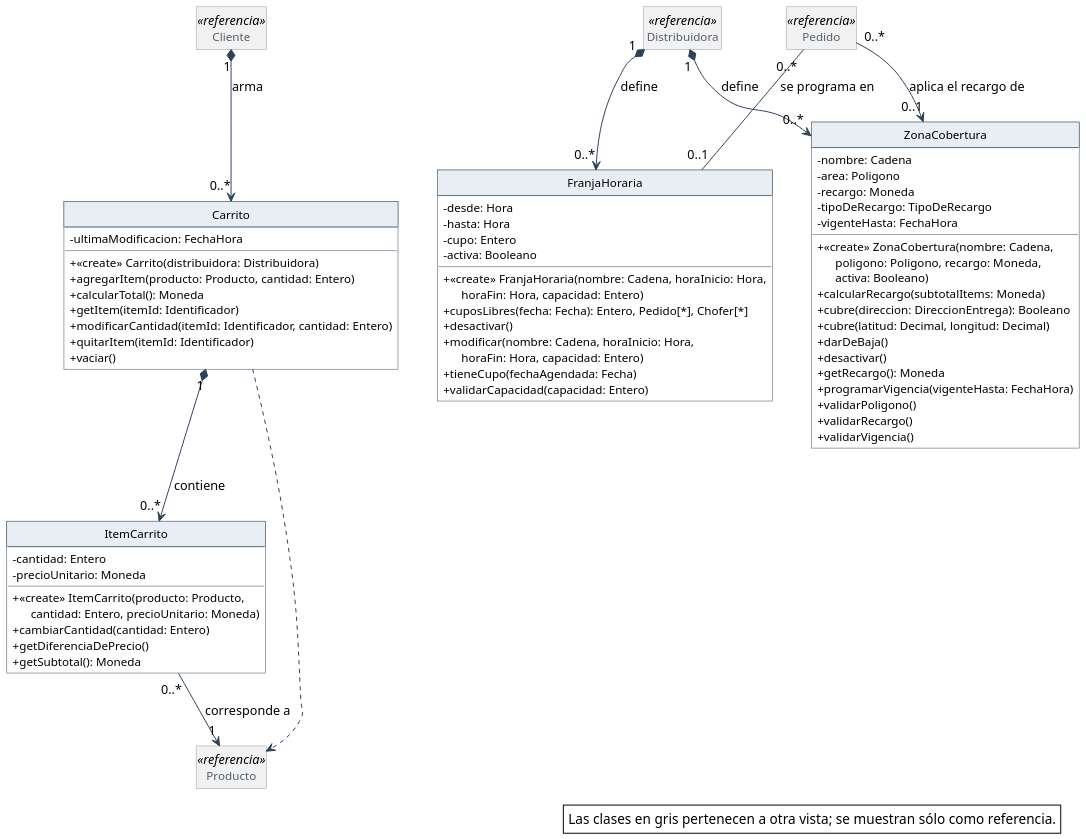
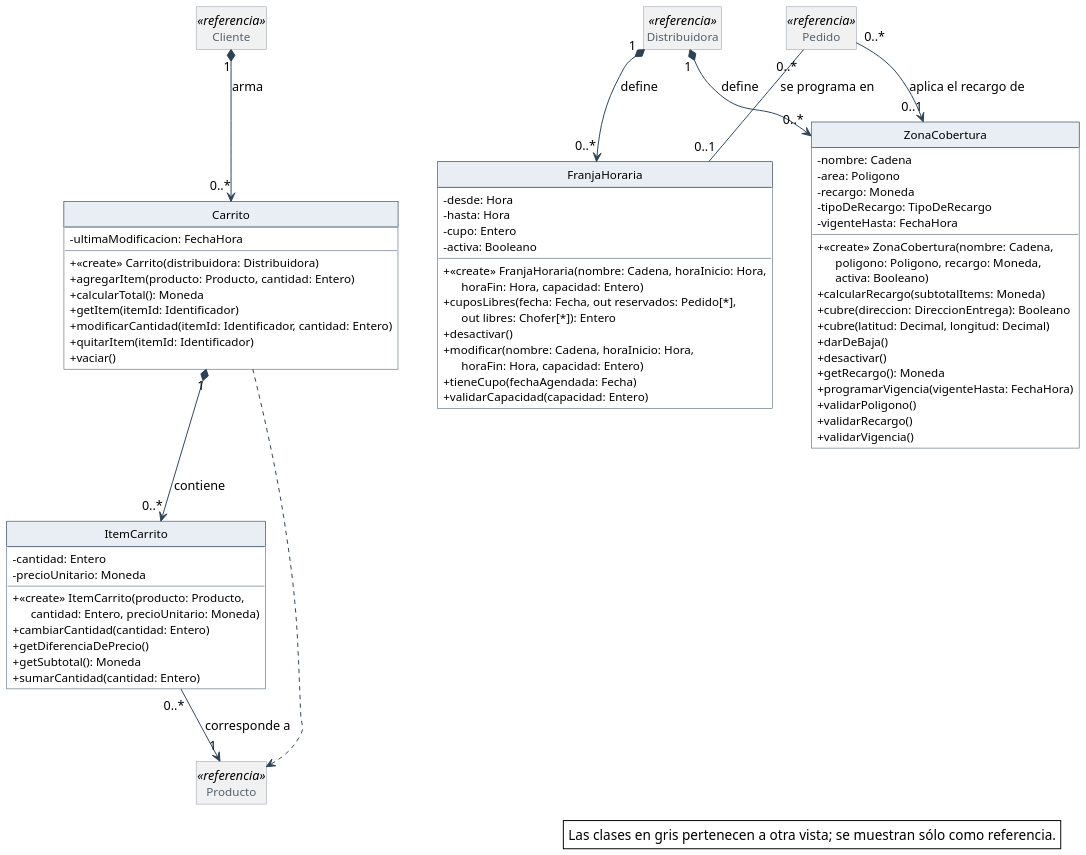
The diagram in diagramas/clases-diseno/DC_Carrito-franjas-y-cobertura.puml (Nahuelito-Dev/splg-docs), drawn with PlantUML before and after one commit. The commit also changed 263 other files, not shown here.

```diff
--- a/diagramas/clases-diseno/DC_Carrito-franjas-y-cobertura.puml
+++ b/diagramas/clases-diseno/DC_Carrito-franjas-y-cobertura.puml
@@ -1,125 +1,126 @@
 @startuml
 skinparam backgroundColor #FFFFFF
 skinparam shadowing false
 skinparam defaultFontName Helvetica
 skinparam defaultFontSize 13
 skinparam dpi 150
 skinparam nodesep 40
 skinparam ranksep 55
 skinparam classAttributeIconSize 0
 skinparam roundCorner 0
 skinparam genericDisplay old
 skinparam class {
   BorderColor #2C4257
   BackgroundColor #FFFFFF
   ArrowColor #2C4257
   FontSize 14
   AttributeFontSize 12
   HeaderBackgroundColor #E8EEF3
 }
 skinparam class<<referencia>> {
   BackgroundColor #F1F1F1
   BorderColor #8A97A3
   FontColor #55616C
 }
 skinparam class<<fachada>> {
   HeaderBackgroundColor #D6E4F0
 }
-skinparam class<<use case>> {
+skinparam class<<controlador>> {
   HeaderBackgroundColor #D6E4F0
 }
 skinparam class<<fabricación pura>> {
   HeaderBackgroundColor #F3E9CF
 }
 skinparam class<<colección>> {
   HeaderBackgroundColor #E6E6E6
 }
 skinparam class<<adaptador>> {
   HeaderBackgroundColor #DCEBDD
 }
 skinparam interface {
   BorderColor #2C4257
   BackgroundColor #FFFFFF
   HeaderBackgroundColor #DCEBDD
   FontSize 14
   AttributeFontSize 12
 }
 skinparam note {
   BackgroundColor #FFFFFF
   BorderColor #2C4257
 }
 skinparam packageStyle rectangle
 skinparam package {
   BorderColor #8A97A3
   FontSize 13
   FontColor #55616C
 }
 hide circle
 hide empty members
 
 class Carrito {
   - ultimaModificacion: FechaHora
   + «create» Carrito(distribuidora: Distribuidora)
   + agregarItem(producto: Producto, cantidad: Entero)
   + calcularTotal(): Moneda
   + getItem(itemId: Identificador)
   + modificarCantidad(itemId: Identificador, cantidad: Entero)
   + quitarItem(itemId: Identificador)
   + vaciar()
 }
 class ItemCarrito {
   - cantidad: Entero
   - precioUnitario: Moneda
   + «create» ItemCarrito(producto: Producto,\n      cantidad: Entero, precioUnitario: Moneda)
   + cambiarCantidad(cantidad: Entero)
   + getDiferenciaDePrecio()
   + getSubtotal(): Moneda
+  + sumarCantidad(cantidad: Entero)
 }
 class FranjaHoraria {
   - desde: Hora
   - hasta: Hora
   - cupo: Entero
   - activa: Booleano
   + «create» FranjaHoraria(nombre: Cadena, horaInicio: Hora,\n      horaFin: Hora, capacidad: Entero)
-  + cuposLibres(fecha: Fecha): Entero, Pedido[*], Chofer[*]
+  + cuposLibres(fecha: Fecha, out reservados: Pedido[*],\n      out libres: Chofer[*]): Entero
   + desactivar()
   + modificar(nombre: Cadena, horaInicio: Hora,\n      horaFin: Hora, capacidad: Entero)
   + tieneCupo(fechaAgendada: Fecha)
   + validarCapacidad(capacidad: Entero)
 }
 class ZonaCobertura {
   - nombre: Cadena
   - area: Poligono
   - recargo: Moneda
   - tipoDeRecargo: TipoDeRecargo
   - vigenteHasta: FechaHora
   + «create» ZonaCobertura(nombre: Cadena,\n      poligono: Poligono, recargo: Moneda,\n      activa: Booleano)
   + calcularRecargo(subtotalItems: Moneda)
   + cubre(direccion: DireccionEntrega): Booleano
   + cubre(latitud: Decimal, longitud: Decimal)
   + darDeBaja()
   + desactivar()
   + getRecargo(): Moneda
   + programarVigencia(vigenteHasta: FechaHora)
   + validarPoligono()
   + validarRecargo()
   + validarVigencia()
 }
 class Cliente <<referencia>>
 class Producto <<referencia>>
 class Distribuidora <<referencia>>
 class Pedido <<referencia>>
 
 Distribuidora "1" *--> "0..*" ZonaCobertura : define
 Distribuidora "1" *--> "0..*" FranjaHoraria : define
 Cliente "1" *--> "0..*" Carrito : arma
 Carrito "1" *--> "0..*" ItemCarrito : contiene
 ItemCarrito "0..*" --> "1" Producto : corresponde a
 Pedido "0..*" -- "0..1" FranjaHoraria : se programa en
 Pedido "0..*" --> "0..1" ZonaCobertura : aplica el recargo de
 Carrito ..> Producto
 
 legend bottom right
   Las clases en gris pertenecen a otra vista; se muestran sólo como referencia.
 endlegend
 @enduml
```
